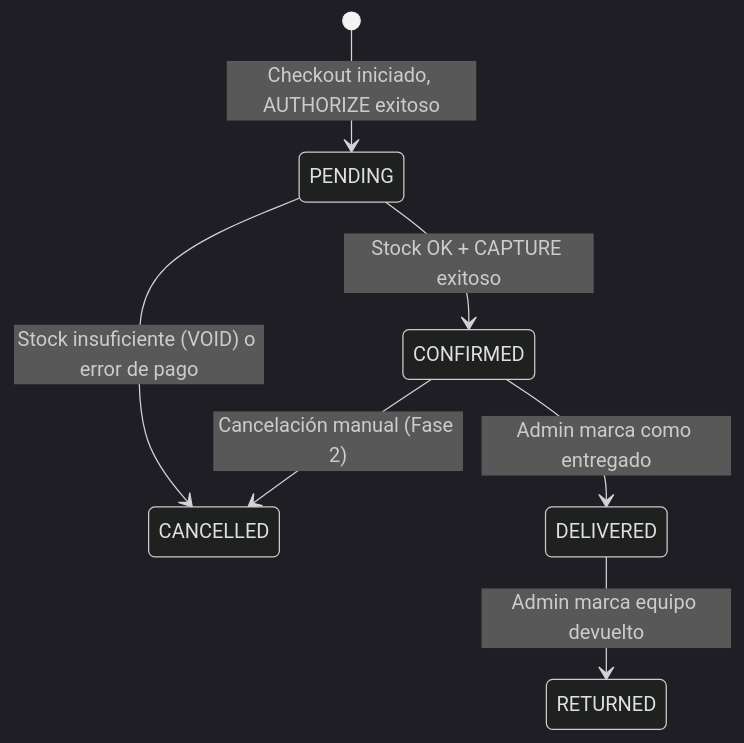
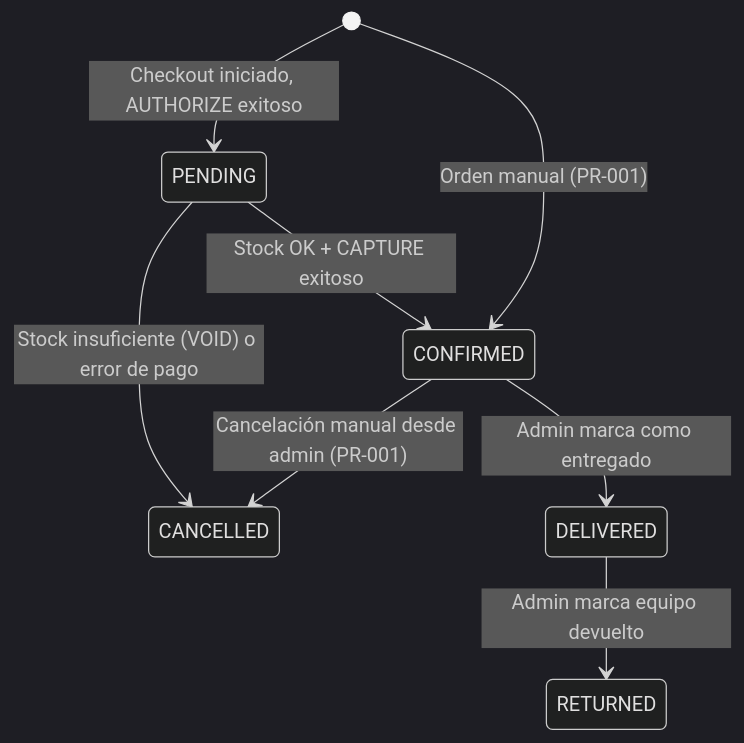
One commit to arturoxdev/ecomerce changed the fourth of 5 diagrams in docs/flows.md. Above: the diagram before and after it, drawn with Mermaid (dark theme). The commit also changed other lines of this file and 40 other files, not shown here.

````diff
--- a/docs/flows.md
+++ b/docs/flows.md
@@ -89,9 +109,10 @@
 ```mermaid
 stateDiagram-v2
     [*] --> PENDING: Checkout iniciado, AUTHORIZE exitoso
     PENDING --> CONFIRMED: Stock OK + CAPTURE exitoso
+    [*] --> CONFIRMED: Orden manual (PR-001)
     PENDING --> CANCELLED: Stock insuficiente (VOID) o error de pago
     CONFIRMED --> DELIVERED: Admin marca como entregado
     DELIVERED --> RETURNED: Admin marca equipo devuelto
-    CONFIRMED --> CANCELLED: Cancelación manual (Fase 2)
+    CONFIRMED --> CANCELLED: Cancelación manual desde admin (PR-001)
 ```
````
